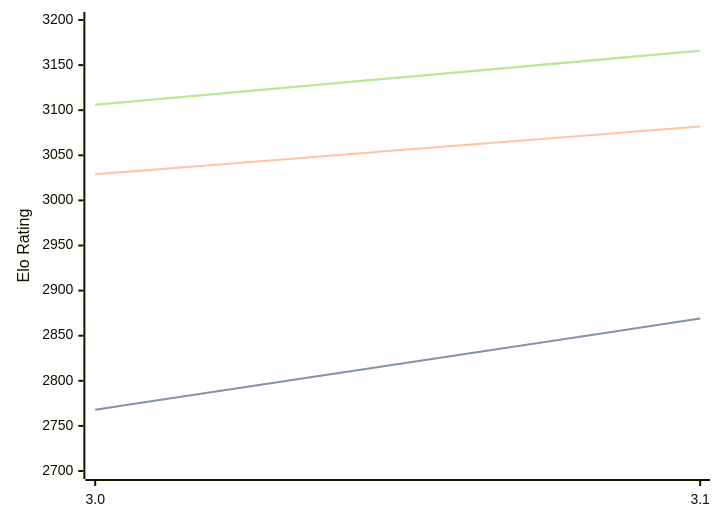
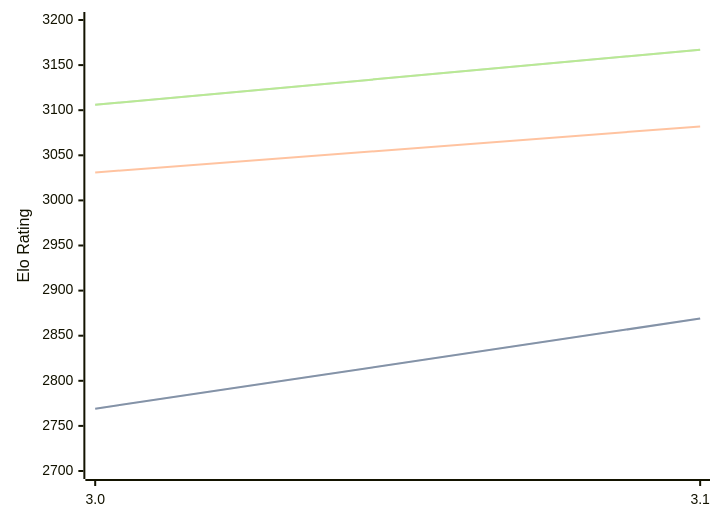
Before and after one commit to computer-chess-index/cci: the diagram in engines/Vajolet2.md, drawn with Mermaid. The commit also changed other lines of this file, not shown here.

Commit message:
Update CCI Ratings (ELO VLTC) - 2026-04-25

````diff
--- a/engines/Vajolet2.md
+++ b/engines/Vajolet2.md
@@ -40,11 +40,11 @@
 ```mermaid
 %%{init: {"theme":"base","themeVariables":{"seriesColors:['#a3a3a3','#222221','#faa371']}}}%%
 xychart-beta
   x-axis ["3.0", "3.1"]
   y-axis "Elo Rating" 2700 --> 3200
-  line "STC (8.0+0.08s)" [2768, 2869]
-  line "STC (8.0+0.08s)" [2768, 2869]
-  line "LTC (60.0+0.60s)" [3029, 3082]
-  line "VLTC (2m24s+1.12s)" [3106, 3166]
-  line "VLTC (2m24s+1.12s)" [3106, 3166]
+  line "STC (8.0+0.08s)" [2769, 2869]
+  line "STC (8.0+0.08s)" [2769, 2869]
+  line "LTC (60.0+0.60s)" [3031, 3082]
+  line "VLTC (2m24s+1.12s)" [3106, 3167]
+  line "VLTC (2m24s+1.12s)" [3106, 3167]
 ```
````
